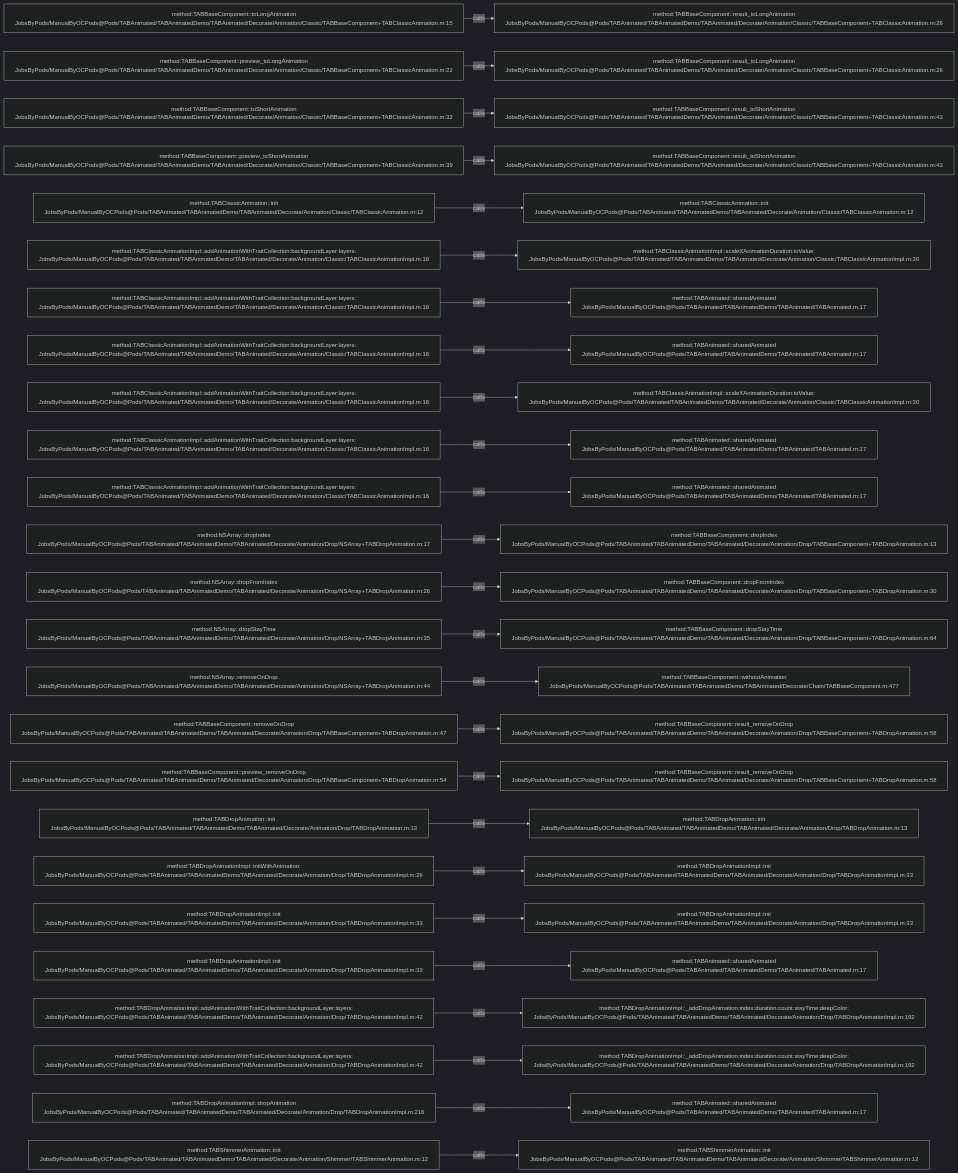
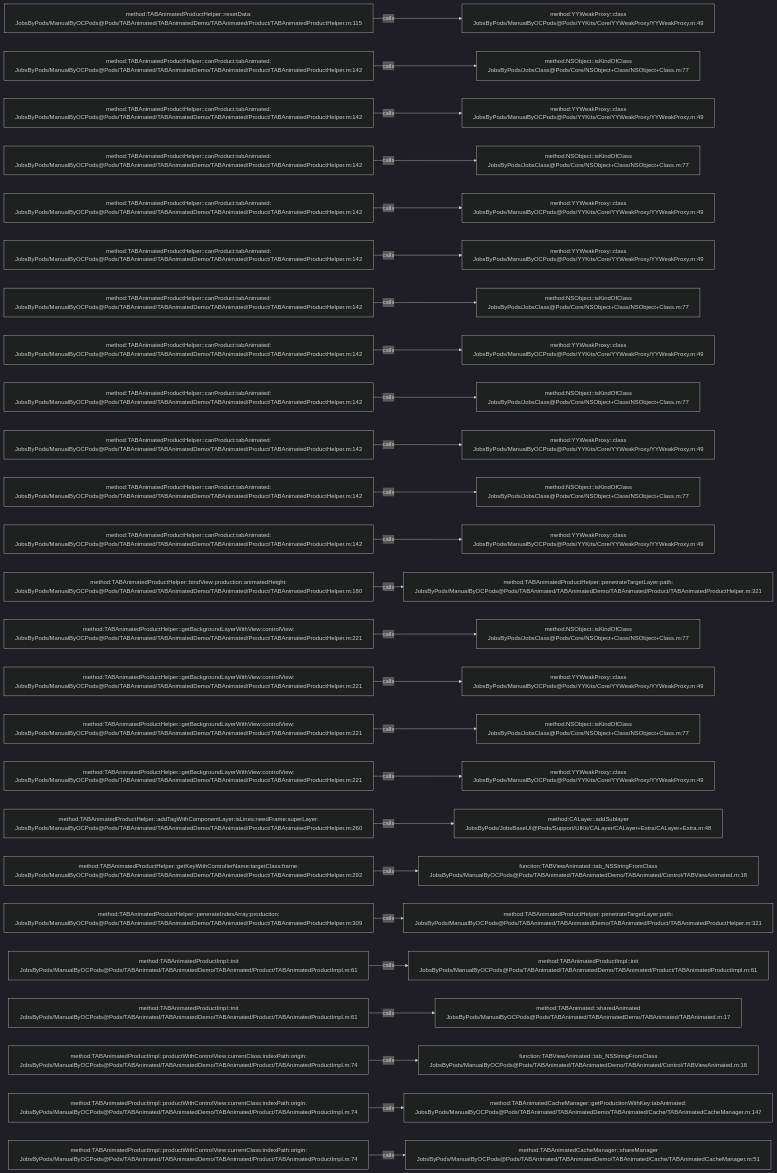
The diagram in .codegraph/codegraph.md/graphs/calls-026.md (JobsKits/JobsOCBaseConfigDemo), drawn with Mermaid (dark theme) before and after one commit. The commit also changed 1448 other files, not shown here.

````diff
--- a/.codegraph/codegraph.md/graphs/calls-026.md
+++ b/.codegraph/codegraph.md/graphs/calls-026.md
@@ -13,78 +13,78 @@
 ```mermaid
 flowchart LR
-  S1["method:TABBaseComponent::toLongAnimation<br/>JobsByPods/ManualByOCPods@Pods/TABAnimated/TABAnimatedDemo/TABAnimated/Decorate/Animation/Classic/TABBaseComponent+TABClassicAnimation.m:15"]
-  T1["method:TABBaseComponent::result_toLongAnimation<br/>JobsByPods/ManualByOCPods@Pods/TABAnimated/TABAnimatedDemo/TABAnimated/Decorate/Animation/Classic/TABBaseComponent+TABClassicAnimation.m:26"]
+  S1["method:TABAnimatedProductHelper::resetData:<br/>JobsByPods/ManualByOCPods@Pods/TABAnimated/TABAnimatedDemo/TABAnimated/Product/TABAnimatedProductHelper.m:115"]
+  T1["method:YYWeakProxy::class<br/>JobsByPods/ManualByOCPods@Pods/YYKits/Core/YYWeakProxy/YYWeakProxy.m:49"]
   S1 -->|calls| T1
-  S2["method:TABBaseComponent::preview_toLongAnimation<br/>JobsByPods/ManualByOCPods@Pods/TABAnimated/TABAnimatedDemo/TABAnimated/Decorate/Animation/Classic/TABBaseComponent+TABClassicAnimation.m:22"]
-  T2["method:TABBaseComponent::result_toLongAnimation<br/>JobsByPods/ManualByOCPods@Pods/TABAnimated/TABAnimatedDemo/TABAnimated/Decorate/Animation/Classic/TABBaseComponent+TABClassicAnimation.m:26"]
+  S2["method:TABAnimatedProductHelper::canProduct:tabAnimated:<br/>JobsByPods/ManualByOCPods@Pods/TABAnimated/TABAnimatedDemo/TABAnimated/Product/TABAnimatedProductHelper.m:142"]
+  T2["method:NSObject::isKindOfClass<br/>JobsByPods/JobsClass@Pods/Core/NSObject+Class/NSObject+Class.m:77"]
   S2 -->|calls| T2
-  S3["method:TABBaseComponent::toShortAnimation<br/>JobsByPods/ManualByOCPods@Pods/TABAnimated/TABAnimatedDemo/TABAnimated/Decorate/Animation/Classic/TABBaseComponent+TABClassicAnimation.m:32"]
-  T3["method:TABBaseComponent::result_toShortAnimation<br/>JobsByPods/ManualByOCPods@Pods/TABAnimated/TABAnimatedDemo/TABAnimated/Decorate/Animation/Classic/TABBaseComponent+TABClassicAnimation.m:43"]
+  S3["method:TABAnimatedProductHelper::canProduct:tabAnimated:<br/>JobsByPods/ManualByOCPods@Pods/TABAnimated/TABAnimatedDemo/TABAnimated/Product/TABAnimatedProductHelper.m:142"]
+  T3["method:YYWeakProxy::class<br/>JobsByPods/ManualByOCPods@Pods/YYKits/Core/YYWeakProxy/YYWeakProxy.m:49"]
   S3 -->|calls| T3
-  S4["method:TABBaseComponent::preview_toShortAnimation<br/>JobsByPods/ManualByOCPods@Pods/TABAnimated/TABAnimatedDemo/TABAnimated/Decorate/Animation/Classic/TABBaseComponent+TABClassicAnimation.m:39"]
-  T4["method:TABBaseComponent::result_toShortAnimation<br/>JobsByPods/ManualByOCPods@Pods/TABAnimated/TABAnimatedDemo/TABAnimated/Decorate/Animation/Classic/TABBaseComponent+TABClassicAnimation.m:43"]
+  S4["method:TABAnimatedProductHelper::canProduct:tabAnimated:<br/>JobsByPods/ManualByOCPods@Pods/TABAnimated/TABAnimatedDemo/TABAnimated/Product/TABAnimatedProductHelper.m:142"]
+  T4["method:NSObject::isKindOfClass<br/>JobsByPods/JobsClass@Pods/Core/NSObject+Class/NSObject+Class.m:77"]
   S4 -->|calls| T4
-  S5["method:TABClassicAnimation::init<br/>JobsByPods/ManualByOCPods@Pods/TABAnimated/TABAnimatedDemo/TABAnimated/Decorate/Animation/Classic/TABClassicAnimation.m:12"]
-  T5["method:TABClassicAnimation::init<br/>JobsByPods/ManualByOCPods@Pods/TABAnimated/TABAnimatedDemo/TABAnimated/Decorate/Animation/Classic/TABClassicAnimation.m:12"]
+  S5["method:TABAnimatedProductHelper::canProduct:tabAnimated:<br/>JobsByPods/ManualByOCPods@Pods/TABAnimated/TABAnimatedDemo/TABAnimated/Product/TABAnimatedProductHelper.m:142"]
+  T5["method:YYWeakProxy::class<br/>JobsByPods/ManualByOCPods@Pods/YYKits/Core/YYWeakProxy/YYWeakProxy.m:49"]
   S5 -->|calls| T5
-  S6["method:TABClassicAnimationImpl::addAnimationWithTraitCollection:backgroundLayer:layers:<br/>JobsByPods/ManualByOCPods@Pods/TABAnimated/TABAnimatedDemo/TABAnimated/Decorate/Animation/Classic/TABClassicAnimationImpl.m:16"]
-  T6["method:TABClassicAnimationImpl::scaleXAnimationDuration:toValue:<br/>JobsByPods/ManualByOCPods@Pods/TABAnimated/TABAnimatedDemo/TABAnimated/Decorate/Animation/Classic/TABClassicAnimationImpl.m:30"]
+  S6["method:TABAnimatedProductHelper::canProduct:tabAnimated:<br/>JobsByPods/ManualByOCPods@Pods/TABAnimated/TABAnimatedDemo/TABAnimated/Product/TABAnimatedProductHelper.m:142"]
+  T6["method:YYWeakProxy::class<br/>JobsByPods/ManualByOCPods@Pods/YYKits/Core/YYWeakProxy/YYWeakProxy.m:49"]
   S6 -->|calls| T6
-  S7["method:TABClassicAnimationImpl::addAnimationWithTraitCollection:backgroundLayer:layers:<br/>JobsByPods/ManualByOCPods@Pods/TABAnimated/TABAnimatedDemo/TABAnimated/Decorate/Animation/Classic/TABClassicAnimationImpl.m:16"]
-  T7["method:TABAnimated::sharedAnimated<br/>JobsByPods/ManualByOCPods@Pods/TABAnimated/TABAnimatedDemo/TABAnimated/TABAnimated.m:17"]
+  S7["method:TABAnimatedProductHelper::canProduct:tabAnimated:<br/>JobsByPods/ManualByOCPods@Pods/TABAnimated/TABAnimatedDemo/TABAnimated/Product/TABAnimatedProductHelper.m:142"]
+  T7["method:NSObject::isKindOfClass<br/>JobsByPods/JobsClass@Pods/Core/NSObject+Class/NSObject+Class.m:77"]
   S7 -->|calls| T7
-  S8["method:TABClassicAnimationImpl::addAnimationWithTraitCollection:backgroundLayer:layers:<br/>JobsByPods/ManualByOCPods@Pods/TABAnimated/TABAnimatedDemo/TABAnimated/Decorate/Animation/Classic/TABClassicAnimationImpl.m:16"]
-  T8["method:TABAnimated::sharedAnimated<br/>JobsByPods/ManualByOCPods@Pods/TABAnimated/TABAnimatedDemo/TABAnimated/TABAnimated.m:17"]
+  S8["method:TABAnimatedProductHelper::canProduct:tabAnimated:<br/>JobsByPods/ManualByOCPods@Pods/TABAnimated/TABAnimatedDemo/TABAnimated/Product/TABAnimatedProductHelper.m:142"]
+  T8["method:YYWeakProxy::class<br/>JobsByPods/ManualByOCPods@Pods/YYKits/Core/YYWeakProxy/YYWeakProxy.m:49"]
   S8 -->|calls| T8
-  S9["method:TABClassicAnimationImpl::addAnimationWithTraitCollection:backgroundLayer:layers:<br/>JobsByPods/ManualByOCPods@Pods/TABAnimated/TABAnimatedDemo/TABAnimated/Decorate/Animation/Classic/TABClassicAnimationImpl.m:16"]
-  T9["method:TABClassicAnimationImpl::scaleXAnimationDuration:toValue:<br/>JobsByPods/ManualByOCPods@Pods/TABAnimated/TABAnimatedDemo/TABAnimated/Decorate/Animation/Classic/TABClassicAnimationImpl.m:30"]
+  S9["method:TABAnimatedProductHelper::canProduct:tabAnimated:<br/>JobsByPods/ManualByOCPods@Pods/TABAnimated/TABAnimatedDemo/TABAnimated/Product/TABAnimatedProductHelper.m:142"]
+  T9["method:NSObject::isKindOfClass<br/>JobsByPods/JobsClass@Pods/Core/NSObject+Class/NSObject+Class.m:77"]
   S9 -->|calls| T9
-  S10["method:TABClassicAnimationImpl::addAnimationWithTraitCollection:backgroundLayer:layers:<br/>JobsByPods/ManualByOCPods@Pods/TABAnimated/TABAnimatedDemo/TABAnimated/Decorate/Animation/Classic/TABClassicAnimationImpl.m:16"]
-  T10["method:TABAnimated::sharedAnimated<br/>JobsByPods/ManualByOCPods@Pods/TABAnimated/TABAnimatedDemo/TABAnimated/TABAnimated.m:17"]
+  S10["method:TABAnimatedProductHelper::canProduct:tabAnimated:<br/>JobsByPods/ManualByOCPods@Pods/TABAnimated/TABAnimatedDemo/TABAnimated/Product/TABAnimatedProductHelper.m:142"]
+  T10["method:YYWeakProxy::class<br/>JobsByPods/ManualByOCPods@Pods/YYKits/Core/YYWeakProxy/YYWeakProxy.m:49"]
   S10 -->|calls| T10
-  S11["method:TABClassicAnimationImpl::addAnimationWithTraitCollection:backgroundLayer:layers:<br/>JobsByPods/ManualByOCPods@Pods/TABAnimated/TABAnimatedDemo/TABAnimated/Decorate/Animation/Classic/TABClassicAnimationImpl.m:16"]
-  T11["method:TABAnimated::sharedAnimated<br/>JobsByPods/ManualByOCPods@Pods/TABAnimated/TABAnimatedDemo/TABAnimated/TABAnimated.m:17"]
+  S11["method:TABAnimatedProductHelper::canProduct:tabAnimated:<br/>JobsByPods/ManualByOCPods@Pods/TABAnimated/TABAnimatedDemo/TABAnimated/Product/TABAnimatedProductHelper.m:142"]
+  T11["method:NSObject::isKindOfClass<br/>JobsByPods/JobsClass@Pods/Core/NSObject+Class/NSObject+Class.m:77"]
   S11 -->|calls| T11
-  S12["method:NSArray::dropIndex<br/>JobsByPods/ManualByOCPods@Pods/TABAnimated/TABAnimatedDemo/TABAnimated/Decorate/Animation/Drop/NSArray+TABDropAnimation.m:17"]
-  T12["method:TABBaseComponent::dropIndex<br/>JobsByPods/ManualByOCPods@Pods/TABAnimated/TABAnimatedDemo/TABAnimated/Decorate/Animation/Drop/TABBaseComponent+TABDropAnimation.m:13"]
+  S12["method:TABAnimatedProductHelper::canProduct:tabAnimated:<br/>JobsByPods/ManualByOCPods@Pods/TABAnimated/TABAnimatedDemo/TABAnimated/Product/TABAnimatedProductHelper.m:142"]
+  T12["method:YYWeakProxy::class<br/>JobsByPods/ManualByOCPods@Pods/YYKits/Core/YYWeakProxy/YYWeakProxy.m:49"]
   S12 -->|calls| T12
-  S13["method:NSArray::dropFromIndex<br/>JobsByPods/ManualByOCPods@Pods/TABAnimated/TABAnimatedDemo/TABAnimated/Decorate/Animation/Drop/NSArray+TABDropAnimation.m:26"]
-  T13["method:TABBaseComponent::dropFromIndex<br/>JobsByPods/ManualByOCPods@Pods/TABAnimated/TABAnimatedDemo/TABAnimated/Decorate/Animation/Drop/TABBaseComponent+TABDropAnimation.m:30"]
+  S13["method:TABAnimatedProductHelper::bindView:production:animatedHeight:<br/>JobsByPods/ManualByOCPods@Pods/TABAnimated/TABAnimatedDemo/TABAnimated/Product/TABAnimatedProductHelper.m:180"]
+  T13["method:TABAnimatedProductHelper::penetrateTargetLayer:path:<br/>JobsByPods/ManualByOCPods@Pods/TABAnimated/TABAnimatedDemo/TABAnimated/Product/TABAnimatedProductHelper.m:321"]
   S13 -->|calls| T13
-  S14["method:NSArray::dropStayTime<br/>JobsByPods/ManualByOCPods@Pods/TABAnimated/TABAnimatedDemo/TABAnimated/Decorate/Animation/Drop/NSArray+TABDropAnimation.m:35"]
-  T14["method:TABBaseComponent::dropStayTime<br/>JobsByPods/ManualByOCPods@Pods/TABAnimated/TABAnimatedDemo/TABAnimated/Decorate/Animation/Drop/TABBaseComponent+TABDropAnimation.m:64"]
+  S14["method:TABAnimatedProductHelper::getBackgroundLayerWithView:controlView:<br/>JobsByPods/ManualByOCPods@Pods/TABAnimated/TABAnimatedDemo/TABAnimated/Product/TABAnimatedProductHelper.m:221"]
+  T14["method:NSObject::isKindOfClass<br/>JobsByPods/JobsClass@Pods/Core/NSObject+Class/NSObject+Class.m:77"]
   S14 -->|calls| T14
-  S15["method:NSArray::removeOnDrop<br/>JobsByPods/ManualByOCPods@Pods/TABAnimated/TABAnimatedDemo/TABAnimated/Decorate/Animation/Drop/NSArray+TABDropAnimation.m:44"]
-  T15["method:TABBaseComponent::withoutAnimation<br/>JobsByPods/ManualByOCPods@Pods/TABAnimated/TABAnimatedDemo/TABAnimated/Decorate/Chain/TABBaseComponent.m:477"]
+  S15["method:TABAnimatedProductHelper::getBackgroundLayerWithView:controlView:<br/>JobsByPods/ManualByOCPods@Pods/TABAnimated/TABAnimatedDemo/TABAnimated/Product/TABAnimatedProductHelper.m:221"]
+  T15["method:YYWeakProxy::class<br/>JobsByPods/ManualByOCPods@Pods/YYKits/Core/YYWeakProxy/YYWeakProxy.m:49"]
   S15 -->|calls| T15
-  S16["method:TABBaseComponent::removeOnDrop<br/>JobsByPods/ManualByOCPods@Pods/TABAnimated/TABAnimatedDemo/TABAnimated/Decorate/Animation/Drop/TABBaseComponent+TABDropAnimation.m:47"]
-  T16["method:TABBaseComponent::result_removeOnDrop<br/>JobsByPods/ManualByOCPods@Pods/TABAnimated/TABAnimatedDemo/TABAnimated/Decorate/Animation/Drop/TABBaseComponent+TABDropAnimation.m:58"]
+  S16["method:TABAnimatedProductHelper::getBackgroundLayerWithView:controlView:<br/>JobsByPods/ManualByOCPods@Pods/TABAnimated/TABAnimatedDemo/TABAnimated/Product/TABAnimatedProductHelper.m:221"]
+  T16["method:NSObject::isKindOfClass<br/>JobsByPods/JobsClass@Pods/Core/NSObject+Class/NSObject+Class.m:77"]
   S16 -->|calls| T16
-  S17["method:TABBaseComponent::preview_removeOnDrop<br/>JobsByPods/ManualByOCPods@Pods/TABAnimated/TABAnimatedDemo/TABAnimated/Decorate/Animation/Drop/TABBaseComponent+TABDropAnimation.m:54"]
-  T17["method:TABBaseComponent::result_removeOnDrop<br/>JobsByPods/ManualByOCPods@Pods/TABAnimated/TABAnimatedDemo/TABAnimated/Decorate/Animation/Drop/TABBaseComponent+TABDropAnimation.m:58"]
+  S17["method:TABAnimatedProductHelper::getBackgroundLayerWithView:controlView:<br/>JobsByPods/ManualByOCPods@Pods/TABAnimated/TABAnimatedDemo/TABAnimated/Product/TABAnimatedProductHelper.m:221"]
+  T17["method:YYWeakProxy::class<br/>JobsByPods/ManualByOCPods@Pods/YYKits/Core/YYWeakProxy/YYWeakProxy.m:49"]
   S17 -->|calls| T17
-  S18["method:TABDropAnimation::init<br/>JobsByPods/ManualByOCPods@Pods/TABAnimated/TABAnimatedDemo/TABAnimated/Decorate/Animation/Drop/TABDropAnimation.m:13"]
-  T18["method:TABDropAnimation::init<br/>JobsByPods/ManualByOCPods@Pods/TABAnimated/TABAnimatedDemo/TABAnimated/Decorate/Animation/Drop/TABDropAnimation.m:13"]
+  S18["method:TABAnimatedProductHelper::addTagWithComponentLayer:isLines:needFrame:superLayer:<br/>JobsByPods/ManualByOCPods@Pods/TABAnimated/TABAnimatedDemo/TABAnimated/Product/TABAnimatedProductHelper.m:260"]
+  T18["method:CALayer::addSublayer<br/>JobsByPods/JobsBaseUI@Pods/Support/UIKit/CALayer/CALayer+Extra/CALayer+Extra.m:48"]
   S18 -->|calls| T18
-  S19["method:TABDropAnimationImpl::initWithAnimation:<br/>JobsByPods/ManualByOCPods@Pods/TABAnimated/TABAnimatedDemo/TABAnimated/Decorate/Animation/Drop/TABDropAnimationImpl.m:26"]
-  T19["method:TABDropAnimationImpl::init<br/>JobsByPods/ManualByOCPods@Pods/TABAnimated/TABAnimatedDemo/TABAnimated/Decorate/Animation/Drop/TABDropAnimationImpl.m:33"]
+  S19["method:TABAnimatedProductHelper::getKeyWithControllerName:targetClass:frame:<br/>JobsByPods/ManualByOCPods@Pods/TABAnimated/TABAnimatedDemo/TABAnimated/Product/TABAnimatedProductHelper.m:292"]
+  T19["function:TABViewAnimated::tab_NSStringFromClass<br/>JobsByPods/ManualByOCPods@Pods/TABAnimated/TABAnimatedDemo/TABAnimated/Control/TABViewAnimated.m:18"]
   S19 -->|calls| T19
-  S20["method:TABDropAnimationImpl::init<br/>JobsByPods/ManualByOCPods@Pods/TABAnimated/TABAnimatedDemo/TABAnimated/Decorate/Animation/Drop/TABDropAnimationImpl.m:33"]
-  T20["method:TABDropAnimationImpl::init<br/>JobsByPods/ManualByOCPods@Pods/TABAnimated/TABAnimatedDemo/TABAnimated/Decorate/Animation/Drop/TABDropAnimationImpl.m:33"]
+  S20["method:TABAnimatedProductHelper::penerateIndexArray:production:<br/>JobsByPods/ManualByOCPods@Pods/TABAnimated/TABAnimatedDemo/TABAnimated/Product/TABAnimatedProductHelper.m:309"]
+  T20["method:TABAnimatedProductHelper::penetrateTargetLayer:path:<br/>JobsByPods/ManualByOCPods@Pods/TABAnimated/TABAnimatedDemo/TABAnimated/Product/TABAnimatedProductHelper.m:321"]
   S20 -->|calls| T20
-  S21["method:TABDropAnimationImpl::init<br/>JobsByPods/ManualByOCPods@Pods/TABAnimated/TABAnimatedDemo/TABAnimated/Decorate/Animation/Drop/TABDropAnimationImpl.m:33"]
-  T21["method:TABAnimated::sharedAnimated<br/>JobsByPods/ManualByOCPods@Pods/TABAnimated/TABAnimatedDemo/TABAnimated/TABAnimated.m:17"]
+  S21["method:TABAnimatedProductImpl::init<br/>JobsByPods/ManualByOCPods@Pods/TABAnimated/TABAnimatedDemo/TABAnimated/Product/TABAnimatedProductImpl.m:61"]
+  T21["method:TABAnimatedProductImpl::init<br/>JobsByPods/ManualByOCPods@Pods/TABAnimated/TABAnimatedDemo/TABAnimated/Product/TABAnimatedProductImpl.m:61"]
   S21 -->|calls| T21
-  S22["method:TABDropAnimationImpl::addAnimationWithTraitCollection:backgroundLayer:layers:<br/>JobsByPods/ManualByOCPods@Pods/TABAnimated/TABAnimatedDemo/TABAnimated/Decorate/Animation/Drop/TABDropAnimationImpl.m:42"]
-  T22["method:TABDropAnimationImpl::_addDropAnimation:index:duration:count:stayTime:deepColor:<br/>JobsByPods/ManualByOCPods@Pods/TABAnimated/TABAnimatedDemo/TABAnimated/Decorate/Animation/Drop/TABDropAnimationImpl.m:192"]
+  S22["method:TABAnimatedProductImpl::init<br/>JobsByPods/ManualByOCPods@Pods/TABAnimated/TABAnimatedDemo/TABAnimated/Product/TABAnimatedProductImpl.m:61"]
+  T22["method:TABAnimated::sharedAnimated<br/>JobsByPods/ManualByOCPods@Pods/TABAnimated/TABAnimatedDemo/TABAnimated/TABAnimated.m:17"]
   S22 -->|calls| T22
-  S23["method:TABDropAnimationImpl::addAnimationWithTraitCollection:backgroundLayer:layers:<br/>JobsByPods/ManualByOCPods@Pods/TABAnimated/TABAnimatedDemo/TABAnimated/Decorate/Animation/Drop/TABDropAnimationImpl.m:42"]
-  T23["method:TABDropAnimationImpl::_addDropAnimation:index:duration:count:stayTime:deepColor:<br/>JobsByPods/ManualByOCPods@Pods/TABAnimated/TABAnimatedDemo/TABAnimated/Decorate/Animation/Drop/TABDropAnimationImpl.m:192"]
+  S23["method:TABAnimatedProductImpl::productWithControlView:currentClass:indexPath:origin:<br/>JobsByPods/ManualByOCPods@Pods/TABAnimated/TABAnimatedDemo/TABAnimated/Product/TABAnimatedProductImpl.m:74"]
+  T23["function:TABViewAnimated::tab_NSStringFromClass<br/>JobsByPods/ManualByOCPods@Pods/TABAnimated/TABAnimatedDemo/TABAnimated/Control/TABViewAnimated.m:18"]
   S23 -->|calls| T23
-  S24["method:TABDropAnimationImpl::dropAnimation<br/>JobsByPods/ManualByOCPods@Pods/TABAnimated/TABAnimatedDemo/TABAnimated/Decorate/Animation/Drop/TABDropAnimationImpl.m:216"]
-  T24["method:TABAnimated::sharedAnimated<br/>JobsByPods/ManualByOCPods@Pods/TABAnimated/TABAnimatedDemo/TABAnimated/TABAnimated.m:17"]
+  S24["method:TABAnimatedProductImpl::productWithControlView:currentClass:indexPath:origin:<br/>JobsByPods/ManualByOCPods@Pods/TABAnimated/TABAnimatedDemo/TABAnimated/Product/TABAnimatedProductImpl.m:74"]
+  T24["method:TABAnimatedCacheManager::getProductionWithKey:tabAnimated:<br/>JobsByPods/ManualByOCPods@Pods/TABAnimated/TABAnimatedDemo/TABAnimated/Cache/TABAnimatedCacheManager.m:147"]
   S24 -->|calls| T24
-  S25["method:TABShimmerAnimation::init<br/>JobsByPods/ManualByOCPods@Pods/TABAnimated/TABAnimatedDemo/TABAnimated/Decorate/Animation/Shimmer/TABShimmerAnimation.m:12"]
-  T25["method:TABShimmerAnimation::init<br/>JobsByPods/ManualByOCPods@Pods/TABAnimated/TABAnimatedDemo/TABAnimated/Decorate/Animation/Shimmer/TABShimmerAnimation.m:12"]
+  S25["method:TABAnimatedProductImpl::productWithControlView:currentClass:indexPath:origin:<br/>JobsByPods/ManualByOCPods@Pods/TABAnimated/TABAnimatedDemo/TABAnimated/Product/TABAnimatedProductImpl.m:74"]
+  T25["method:TABAnimatedCacheManager::shareManager<br/>JobsByPods/ManualByOCPods@Pods/TABAnimated/TABAnimatedDemo/TABAnimated/Cache/TABAnimatedCacheManager.m:51"]
   S25 -->|calls| T25
 ```
````
